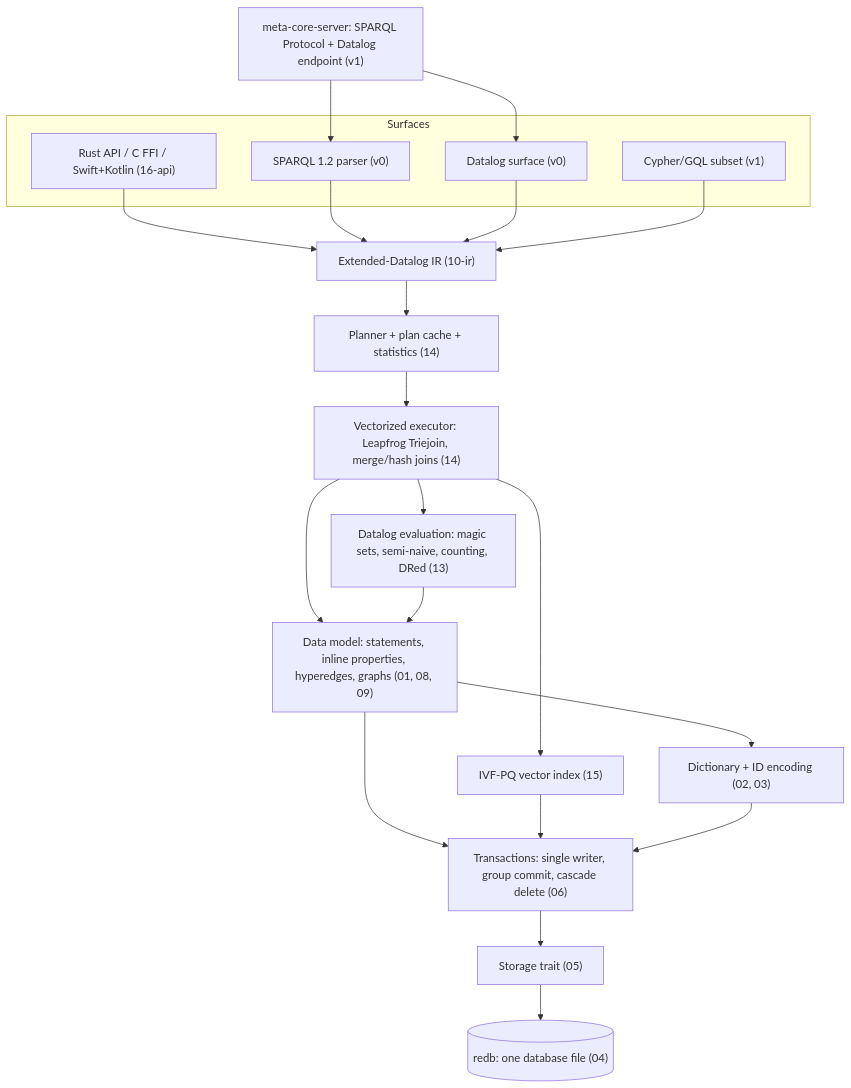
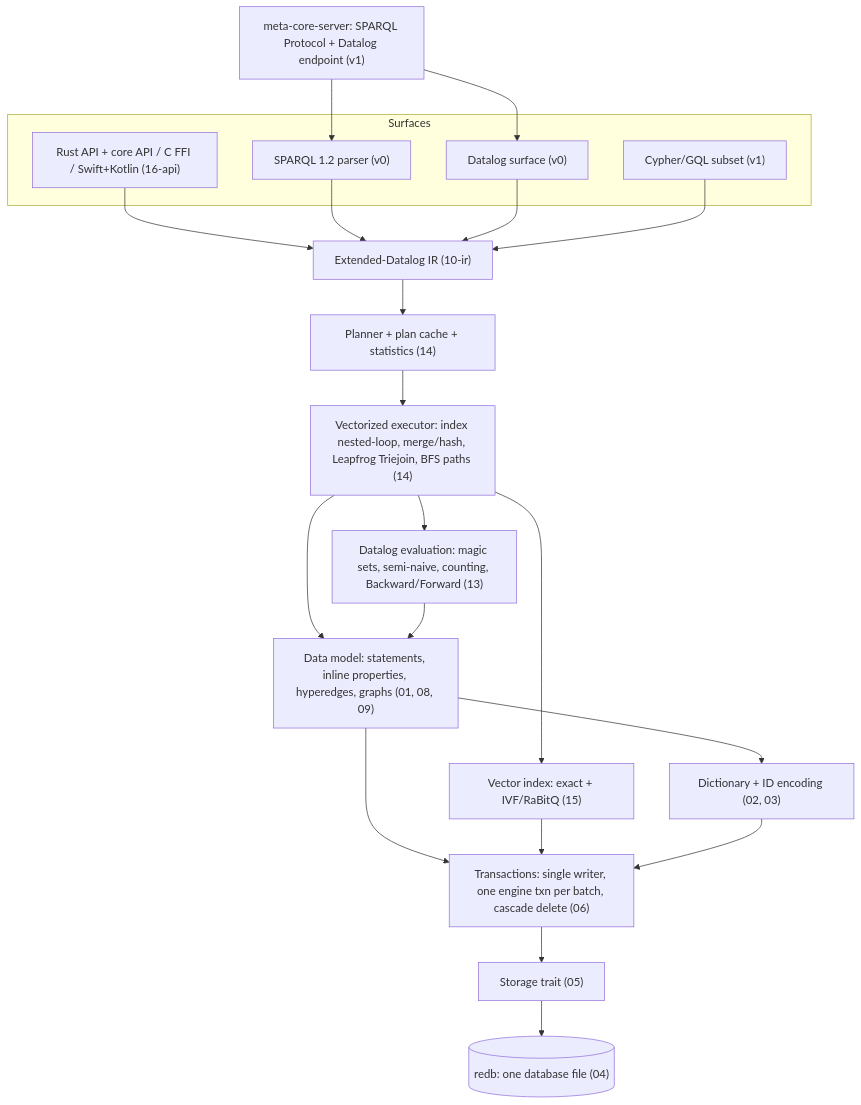
One commit to Volland/graphlava changed the diagram in tg.md/00-overview.md. Above: the diagram before and after it, drawn with Mermaid. The commit also changed other lines of this file and 70 other files, not shown here.

First line of the commit message:
docs: architecture review (ADR 0021-0030), verification plan and Lean model

````diff
--- a/tg.md/00-overview.md
+++ b/tg.md/00-overview.md
@@ -68,37 +68,37 @@
 ```mermaid
 flowchart TB
   subgraph Surfaces
     SPARQL["SPARQL 1.2 parser (v0)"]
     DLOG["Datalog surface (v0)"]
     CYPHER["Cypher/GQL subset (v1)"]
-    API["Rust API / C FFI / Swift+Kotlin (16-api)"]
+    API["Rust API + core API / C FFI / Swift+Kotlin (16-api)"]
   end
   SERVER["meta-core-server: SPARQL Protocol + Datalog endpoint (v1)"]
   IR["Extended-Datalog IR (10-ir)"]
   PLAN["Planner + plan cache + statistics (14)"]
-  EXEC["Vectorized executor: Leapfrog Triejoin, merge/hash joins (14)"]
-  REASON["Datalog evaluation: magic sets, semi-naive, counting, DRed (13)"]
-  VEC["IVF-PQ vector index (15)"]
+  EXEC["Vectorized executor: index nested-loop, merge/hash, Leapfrog Triejoin, BFS paths (14)"]
+  REASON["Datalog evaluation: magic sets, semi-naive, counting, Backward/Forward (13)"]
+  VEC["Vector index: exact + IVF/RaBitQ (15)"]
   MODEL["Data model: statements, inline properties, hyperedges, graphs (01, 08, 09)"]
   DICT["Dictionary + ID encoding (02, 03)"]
-  TXN["Transactions: single writer, group commit, cascade delete (06)"]
+  TXN["Transactions: single writer, one engine txn per batch, cascade delete (06)"]
   STORE["Storage trait (05)"]
   REDB[("redb: one database file (04)")]
 
   SERVER --> SPARQL
   SERVER --> DLOG
   API --> IR
   SPARQL --> IR
   DLOG --> IR
   CYPHER --> IR
   IR --> PLAN --> EXEC
   EXEC --> REASON
   EXEC --> VEC
   EXEC --> MODEL
   REASON --> MODEL
   MODEL --> DICT
   MODEL --> TXN
   VEC --> TXN
   DICT --> TXN
   TXN --> STORE --> REDB
 ```
````
